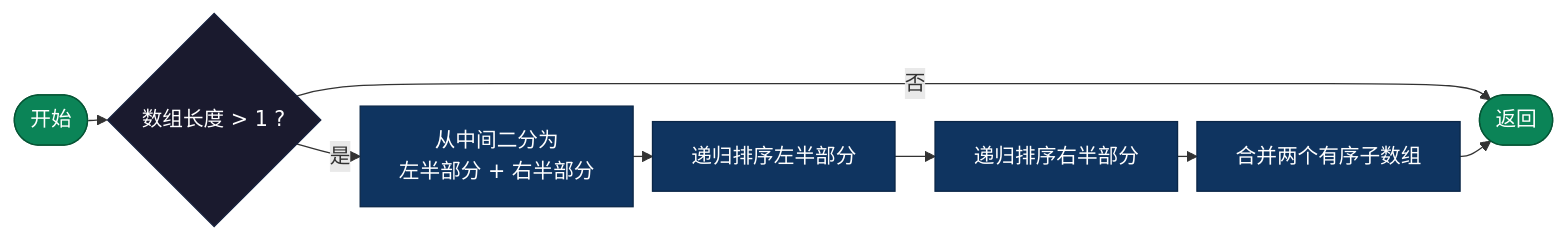
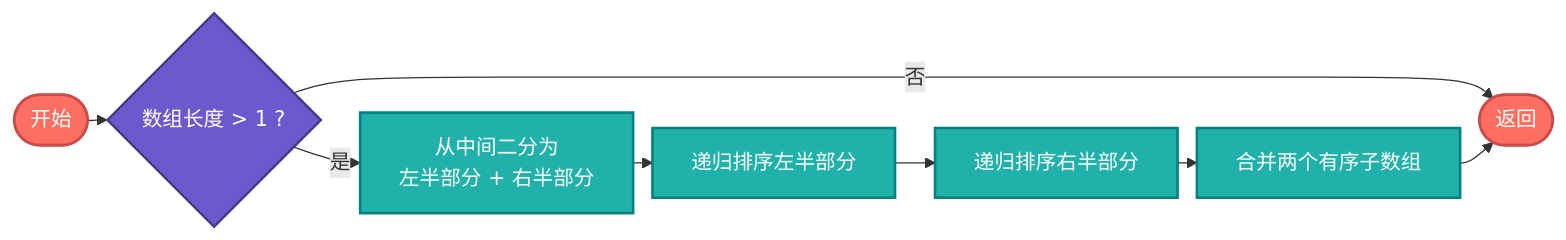
Before and after one commit to microwind/algorithms: the eighth of 14 diagrams in sorting/AI-Era-Top-10-Sorting-Algorithms.md, drawn with Mermaid. The commit also changed other lines of this file and 36 other files, not shown here.

````diff
--- a/sorting/AI-Era-Top-10-Sorting-Algorithms.md
+++ b/sorting/AI-Era-Top-10-Sorting-Algorithms.md
@@ -472,19 +477,21 @@
 ```mermaid
-%%{init: {'flowchart': {'nodeSpacing': 15, 'rankSpacing': 15, 'padding': 15}}}%%
+%%{init: {'flowchart': {'nodeSpacing': 35, 'rankSpacing': 15, 'padding': 15}}}%%
 graph LR
     S(["开始"]) --> CHK{"数组长度 > 1 ?"}
     CHK -->|"否"| END(["返回"])
     CHK -->|"是"| SPLIT["从中间二分为\n左半部分 + 右半部分"]
     SPLIT --> LSORT["递归排序左半部分"]
     LSORT --> RSORT["递归排序右半部分"]
     RSORT --> MERGE["合并两个有序子数组"]
     MERGE --> END
 
-    classDef start fill:#0b8457,color:#fff,stroke:#065535
-    classDef decision fill:#1a1a2e,color:#fff,stroke:#16213e
-    classDef process fill:#0f3460,color:#fff,stroke:#0a2647
+    %% 节点样式定义
+    classDef start fill:#ff6f61,color:#fff,stroke:#c94c4c,stroke-width:2px
+    classDef decision fill:#6a5acd,color:#fff,stroke:#483d8b,stroke-width:2px
+    classDef process fill:#20b2aa,color:#fff,stroke:#008080,stroke-width:2px
 
+    %% 应用样式
     class S,END start
     class CHK decision
     class SPLIT,LSORT,RSORT,MERGE process
 ```
````
